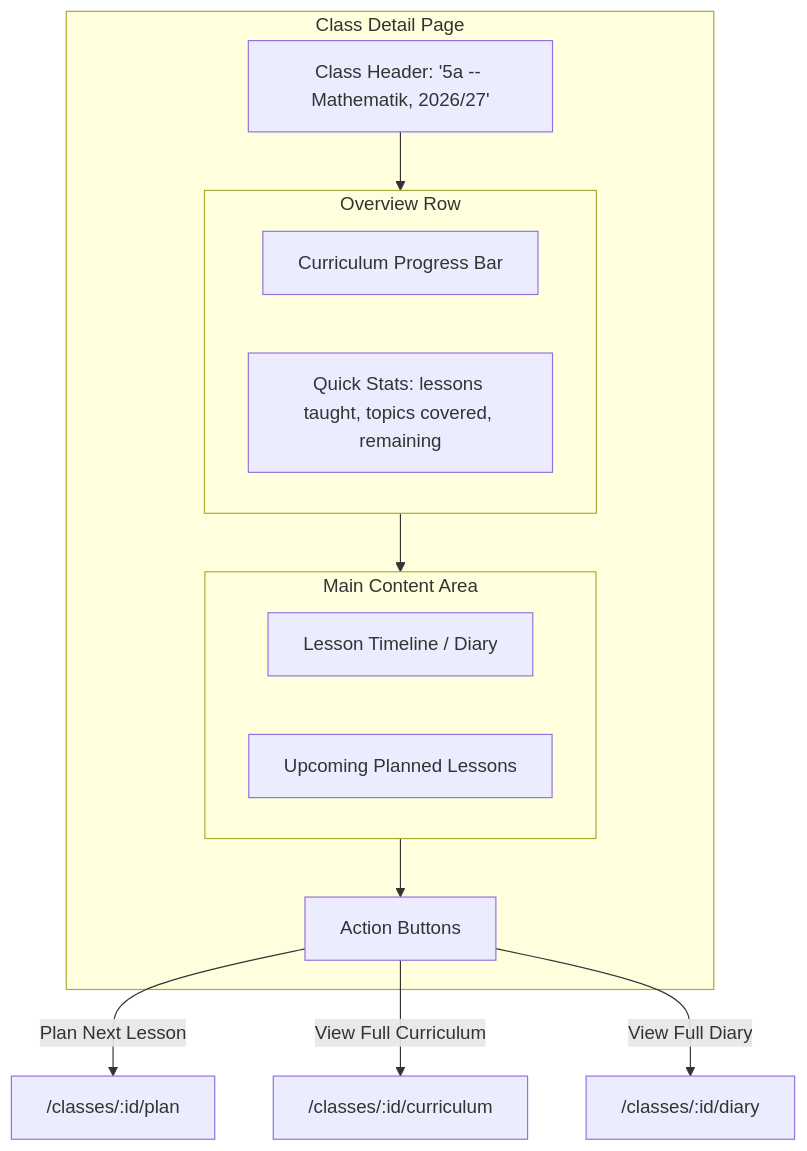
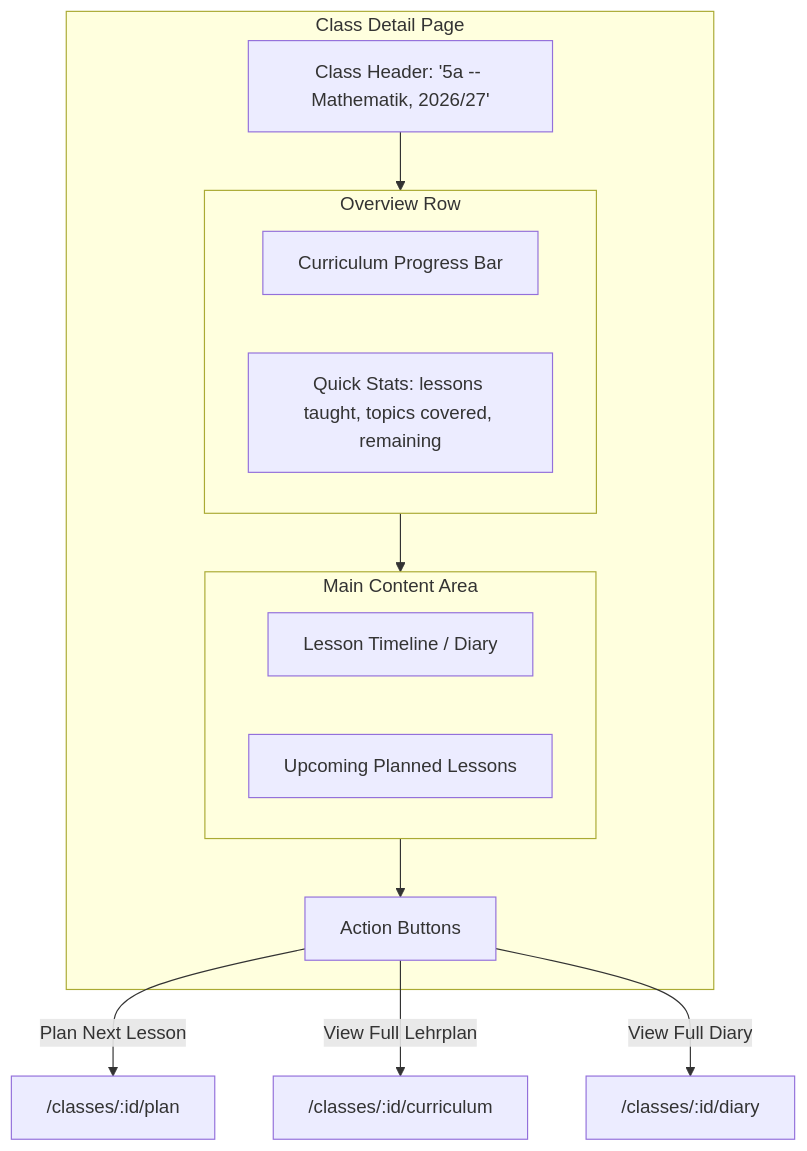
The sixth of 10 diagrams in docs/features/lesson-planning.md (Code-Snap-UG/chalkdust), drawn with Mermaid before and after one commit. The commit also changed other lines of this file and 27 other files, not shown here.

````diff
--- a/docs/features/lesson-planning.md
+++ b/docs/features/lesson-planning.md
@@ -276,23 +276,23 @@
 ```mermaid
 flowchart TD
     subgraph classDetail [Class Detail Page]
         Header["Class Header: '5a -- Mathematik, 2026/27'"]
         subgraph topRow [Overview Row]
             Progress[Curriculum Progress Bar]
             Stats["Quick Stats: lessons taught, topics covered, remaining"]
         end
         subgraph mainContent [Main Content Area]
             Timeline[Lesson Timeline / Diary]
             Upcoming[Upcoming Planned Lessons]
         end
         Actions[Action Buttons]
     end
 
     Header --> topRow
     topRow --> mainContent
     mainContent --> Actions
 
     Actions -->|Plan Next Lesson| PlanLesson["/classes/:id/plan"]
-    Actions -->|View Full Curriculum| CurriculumView["/classes/:id/curriculum"]
+    Actions -->|View Full Lehrplan| CurriculumView["/classes/:id/curriculum"]
     Actions -->|View Full Diary| DiaryView["/classes/:id/diary"]
 ```
````
